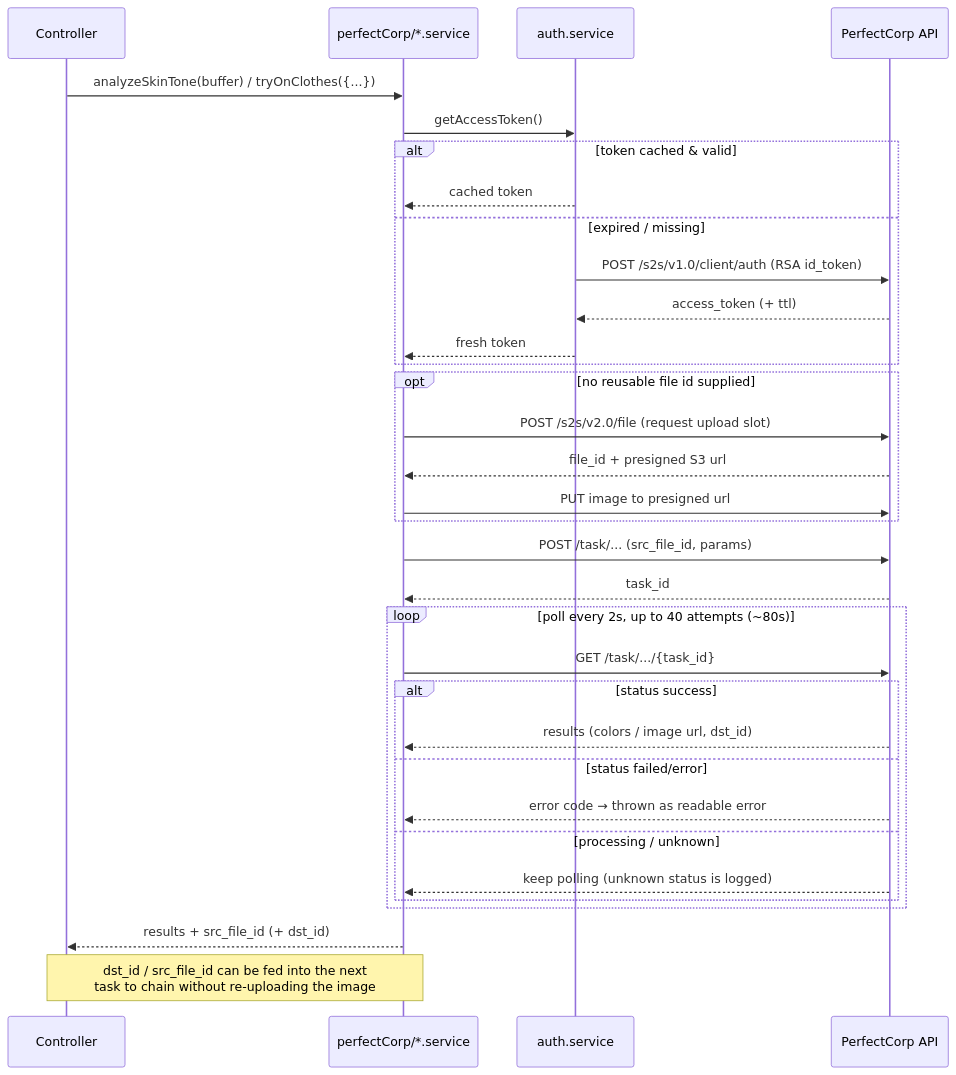
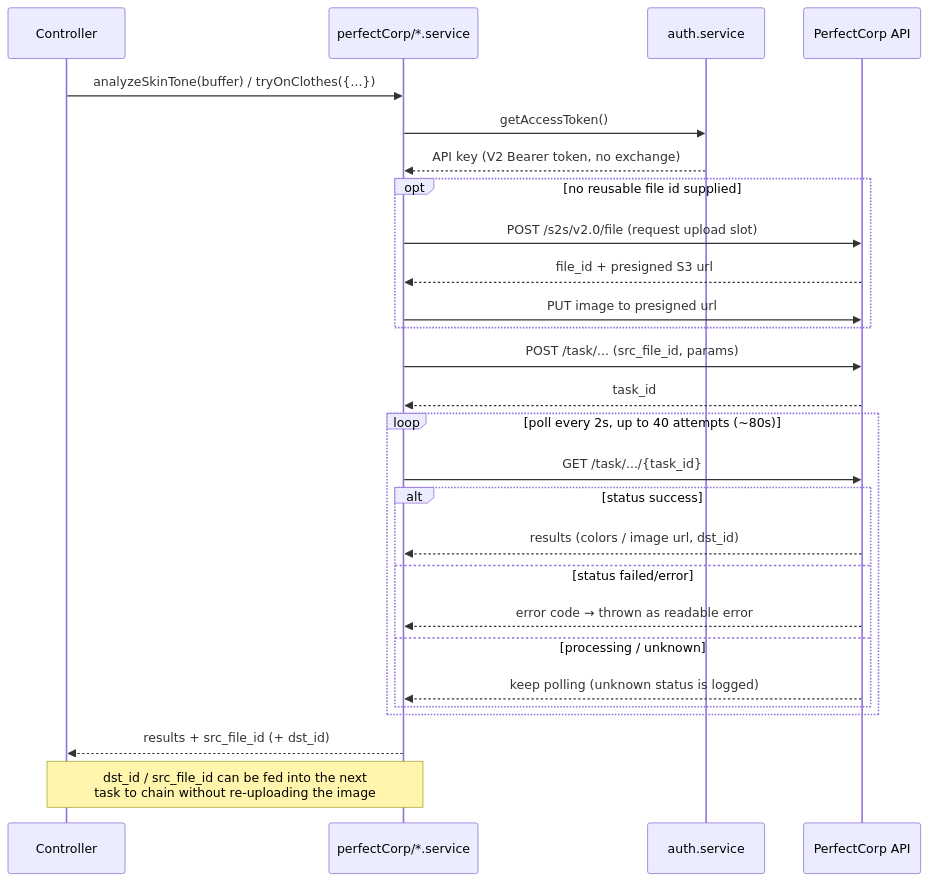
One commit to yoockh/hue.u changed the second of 3 diagrams in backend/README.md. Above: the diagram before and after it, drawn with Mermaid. The commit also changed other lines of this file and 1 other file, not shown here.

First line of the commit message:
docs: update env example and README for PerfectCorp V2 Bearer auth

````diff
--- a/backend/README.md
+++ b/backend/README.md
@@ -57,40 +57,34 @@
 ```mermaid
 sequenceDiagram
     participant Ctrl as Controller
     participant Svc as perfectCorp/*.service
     participant Auth as auth.service
     participant PC as PerfectCorp API
 
     Ctrl->>Svc: analyzeSkinTone(buffer) / tryOnClothes({...})
     Svc->>Auth: getAccessToken()
-    alt token cached & valid
-        Auth-->>Svc: cached token
-    else expired / missing
-        Auth->>PC: POST /s2s/v1.0/client/auth (RSA id_token)
-        PC-->>Auth: access_token (+ ttl)
-        Auth-->>Svc: fresh token
-    end
+    Auth-->>Svc: API key (V2 Bearer token, no exchange)
 
     opt no reusable file id supplied
         Svc->>PC: POST /s2s/v2.0/file (request upload slot)
         PC-->>Svc: file_id + presigned S3 url
         Svc->>PC: PUT image to presigned url
     end
 
     Svc->>PC: POST /task/... (src_file_id, params)
     PC-->>Svc: task_id
 
     loop poll every 2s, up to 40 attempts (~80s)
         Svc->>PC: GET /task/.../{task_id}
         alt status success
             PC-->>Svc: results (colors / image url, dst_id)
         else status failed/error
             PC-->>Svc: error code → thrown as readable error
         else processing / unknown
             PC-->>Svc: keep polling (unknown status is logged)
         end
     end
 
     Svc-->>Ctrl: results + src_file_id (+ dst_id)
     Note over Ctrl,Svc: dst_id / src_file_id can be fed into the next<br/>task to chain without re-uploading the image
 ```
````
